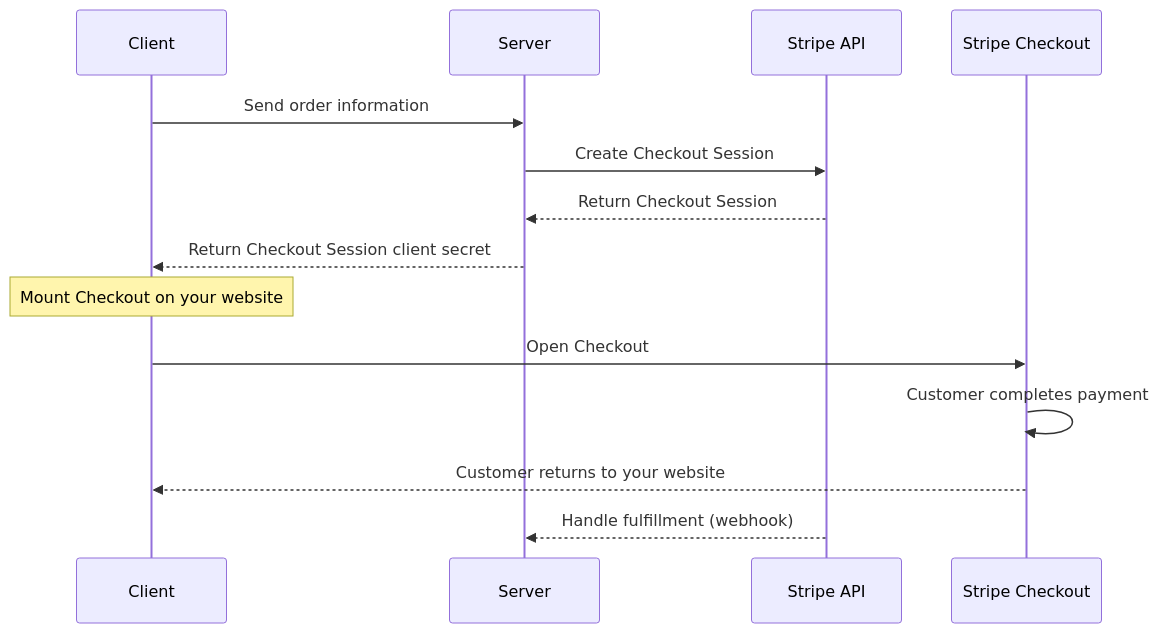
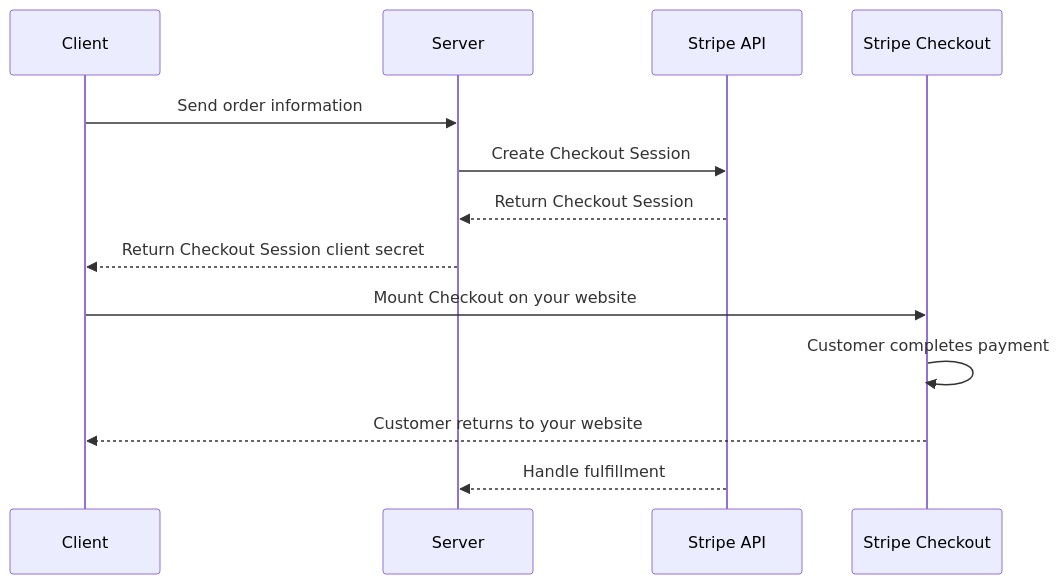
The diagram in docs/stripe-checkout.mmd (uigraph-oss/uigraph-sdk), drawn with Mermaid before and after one commit.

Commit message:
fix: update sequence diagram for Stripe Checkout integration

```diff
--- a/docs/stripe-checkout.mmd
+++ b/docs/stripe-checkout.mmd
@@ -1,18 +1,16 @@
 sequenceDiagram
     participant Client
     participant Server
     participant StripeAPI as Stripe API
     participant StripeCheckout as Stripe Checkout
 
     Client->>Server: Send order information
     Server->>StripeAPI: Create Checkout Session
     StripeAPI-->>Server: Return Checkout Session
     Server-->>Client: Return Checkout Session client secret
 
-    Note over Client: Mount Checkout on your website
-
-    Client->>StripeCheckout: Open Checkout
+    Client->>StripeCheckout: Mount Checkout on your website
     StripeCheckout->>StripeCheckout: Customer completes payment
     StripeCheckout-->>Client: Customer returns to your website
 
-    StripeAPI-->>Server: Handle fulfillment (webhook)
+    StripeAPI-->>Server: Handle fulfillment
```
